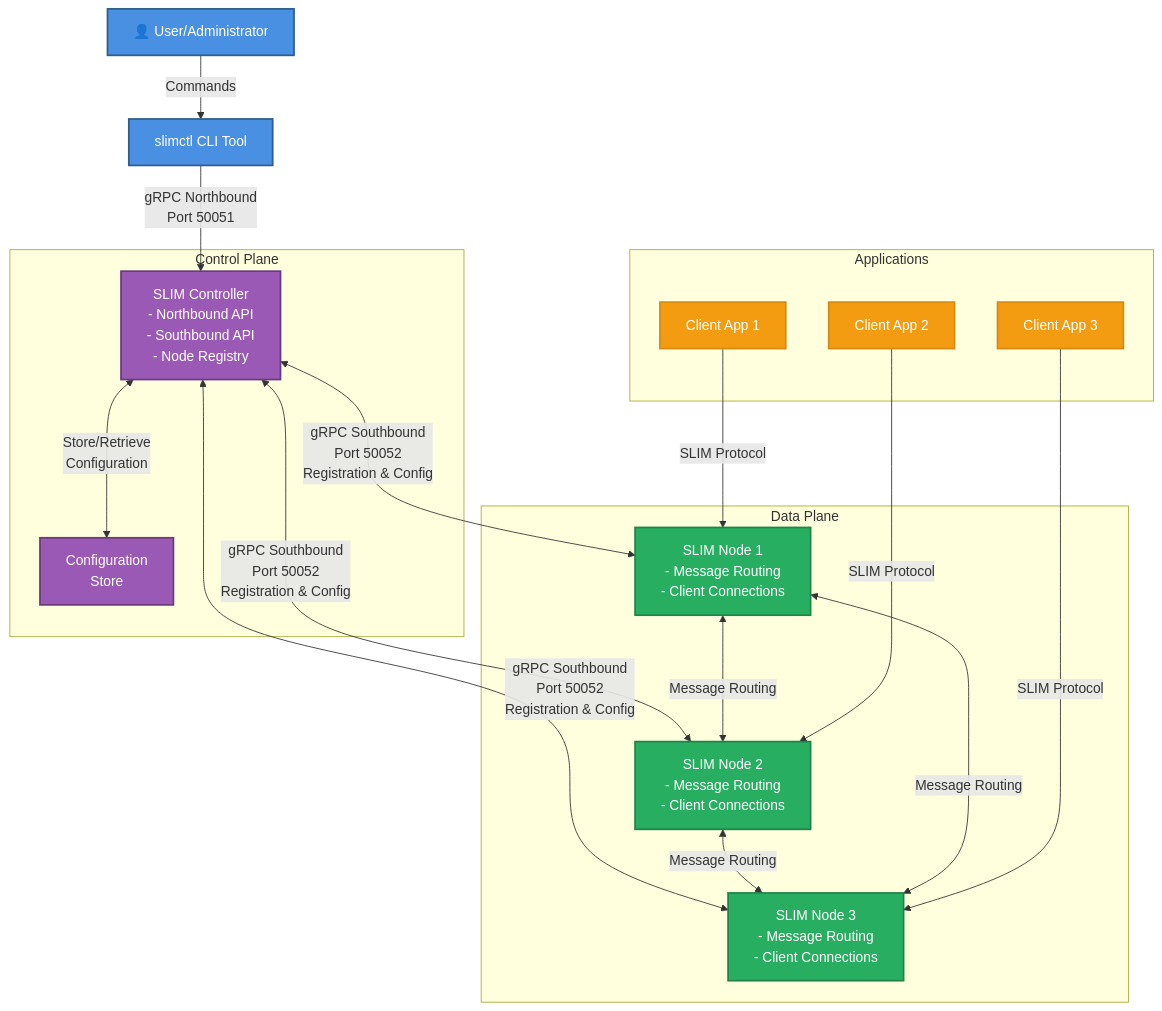
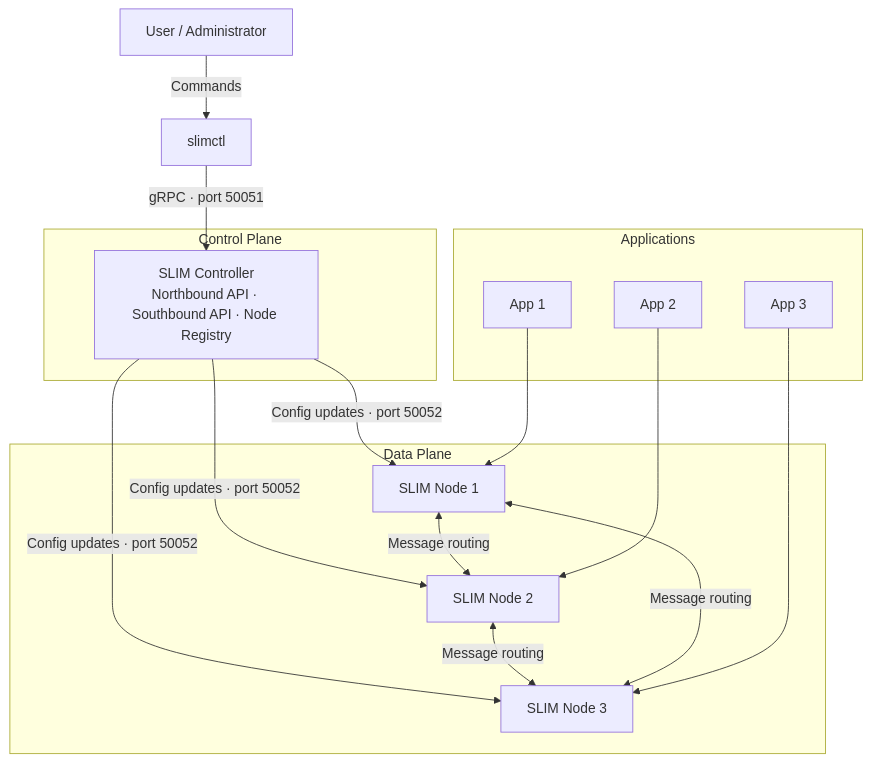
Before and after one commit to agntcy/slim: the diagram in docs/content/slim/components/controller/index.md, drawn with Mermaid. The commit also changed other lines of this file, not shown here.

First line of the commit message:
docs: rewrite Controller index page

````diff
--- a/docs/content/slim/components/controller/index.md
+++ b/docs/content/slim/components/controller/index.md
@@ -42,59 +19,36 @@
 ```mermaid
 graph TB
-    %% User and CLI
-    User[👤 User/Administrator]
-    CLI[slimctl CLI Tool]
+    User[User / Administrator]
+    CLI[slimctl]
 
-    %% Control Plane Components
     subgraph "Control Plane"
-        Controller[SLIM Controller<br/>- Northbound API<br/>- Southbound API<br/>- Node Registry]
-        Config[Configuration<br/>Store]
+        Controller[SLIM Controller<br/>Northbound API · Southbound API · Node Registry]
     end
 
-    %% Data Plane Nodes
     subgraph "Data Plane"
-        Node1[SLIM Node 1<br/>- Message Routing<br/>- Client Connections]
-        Node2[SLIM Node 2<br/>- Message Routing<br/>- Client Connections]
-        Node3[SLIM Node 3<br/>- Message Routing<br/>- Client Connections]
+        Node1[SLIM Node 1]
+        Node2[SLIM Node 2]
+        Node3[SLIM Node 3]
     end
 
-    %% Client Applications
     subgraph "Applications"
-        App1[Client App 1]
-        App2[Client App 2]
-        App3[Client App 3]
+        App1[App 1]
+        App2[App 2]
+        App3[App 3]
     end
 
-    %% User interactions
     User -->|Commands| CLI
-    CLI -->|gRPC Northbound<br/>Port 50051| Controller
+    CLI -->|gRPC · port 50051| Controller
 
-    %% Control plane interactions
-    Controller <-->|Store/Retrieve<br/>Configuration| Config
+    Controller -->|Config updates · port 50052| Node1
+    Controller -->|Config updates · port 50052| Node2
+    Controller -->|Config updates · port 50052| Node3
 
-    %% Southbound connections
-    Controller <-->|gRPC Southbound<br/>Port 50052<br/>Registration & Config| Node1
-    Controller <-->|gRPC Southbound<br/>Port 50052<br/>Registration & Config| Node2
-    Controller <-->|gRPC Southbound<br/>Port 50052<br/>Registration & Config| Node3
+    Node1 <-->|Message routing| Node2
+    Node2 <-->|Message routing| Node3
+    Node1 <-->|Message routing| Node3
 
-    %% Inter-node communication
-    Node1 <-->|Message Routing| Node2
-    Node2 <-->|Message Routing| Node3
-    Node1 <-->|Message Routing| Node3
-
-    %% Application connections
-    App1 -->|SLIM Protocol| Node1
-    App2 -->|SLIM Protocol| Node2
-    App3 -->|SLIM Protocol| Node3
-
-    %% Styling for light/dark mode compatibility
-    classDef user fill:#4A90E2,stroke:#2E5D8A,stroke-width:2px,color:#FFFFFF
-    classDef control fill:#9B59B6,stroke:#6A3A7C,stroke-width:2px,color:#FFFFFF
-    classDef data fill:#27AE60,stroke:#1E8449,stroke-width:2px,color:#FFFFFF
-    classDef app fill:#F39C12,stroke:#D68910,stroke-width:2px,color:#FFFFFF
-
-    class User,CLI user
-    class Controller,Config control
-    class Node1,Node2,Node3 data
-    class App1,App2,App3 app
+    App1 --> Node1
+    App2 --> Node2
+    App3 --> Node3
 ```
````
